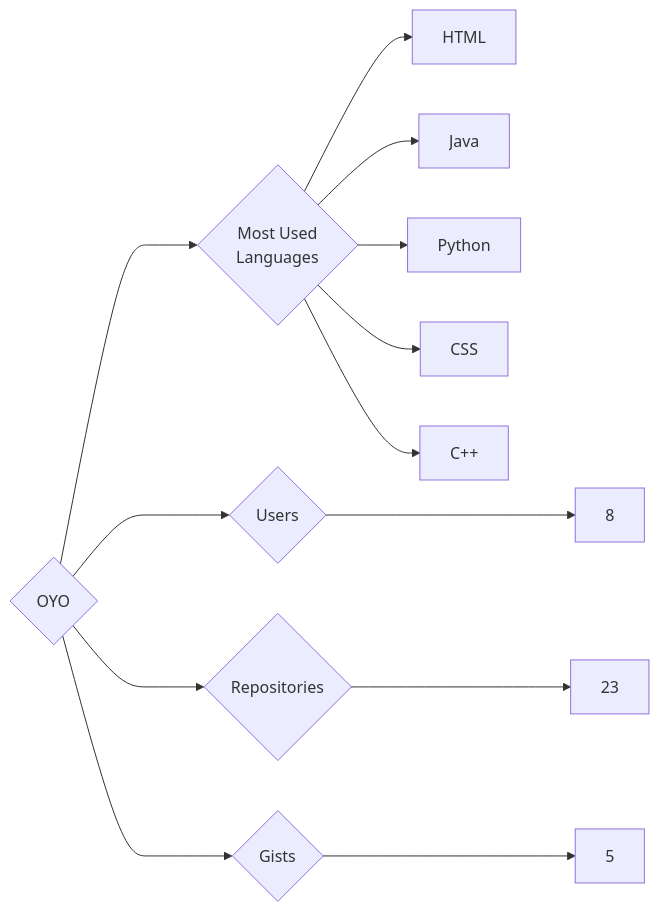
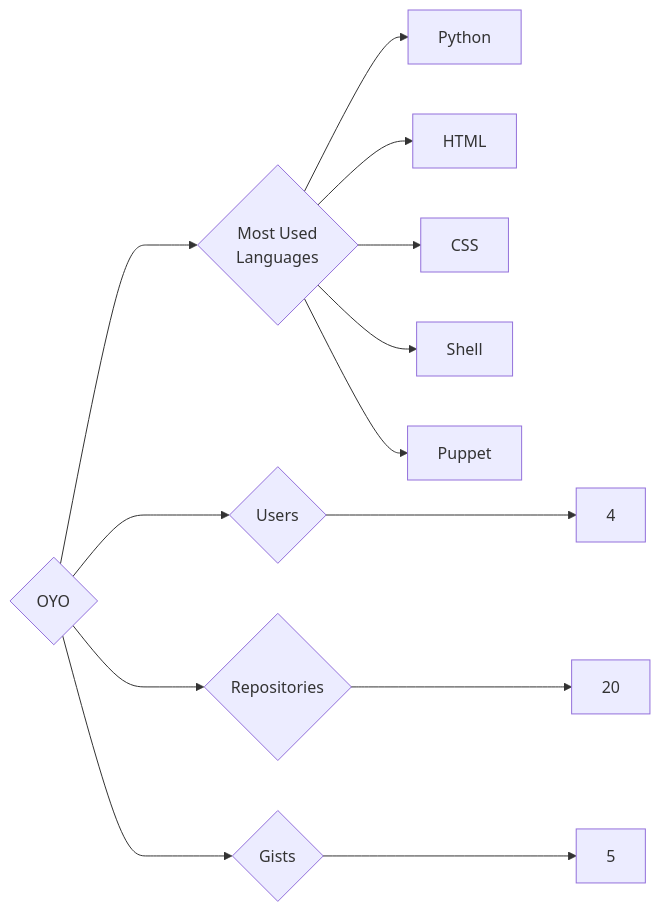
One commit to trickest/insiders changed the diagram in targets/OYO/README.md. Above: the diagram before and after it, drawn with Mermaid. The commit also changed 948 other files, not shown here.

````diff
--- a/targets/OYO/README.md
+++ b/targets/OYO/README.md
@@ -3,13 +3,13 @@
 ```mermaid
 graph LR
 COMPANY_NAME{OYO}
-COMPANY_NAME ---> U{Users} ---> UN[8]
-COMPANY_NAME ---> R{Repositories} ---> RN[23]
+COMPANY_NAME ---> U{Users} ---> UN[4]
+COMPANY_NAME ---> R{Repositories} ---> RN[20]
 COMPANY_NAME ---> G{Gists} ---> GN[5]
 COMPANY_NAME ---> ML{Most Used<br>Languages}
+ML --> Python[Python]
 ML --> HTML[HTML]
-ML --> Java[Java]
-ML --> Python[Python]
 ML --> CSS[CSS]
-ML --> C++[C++]
+ML --> Shell[Shell]
+ML --> Puppet[Puppet]
 ```
````
